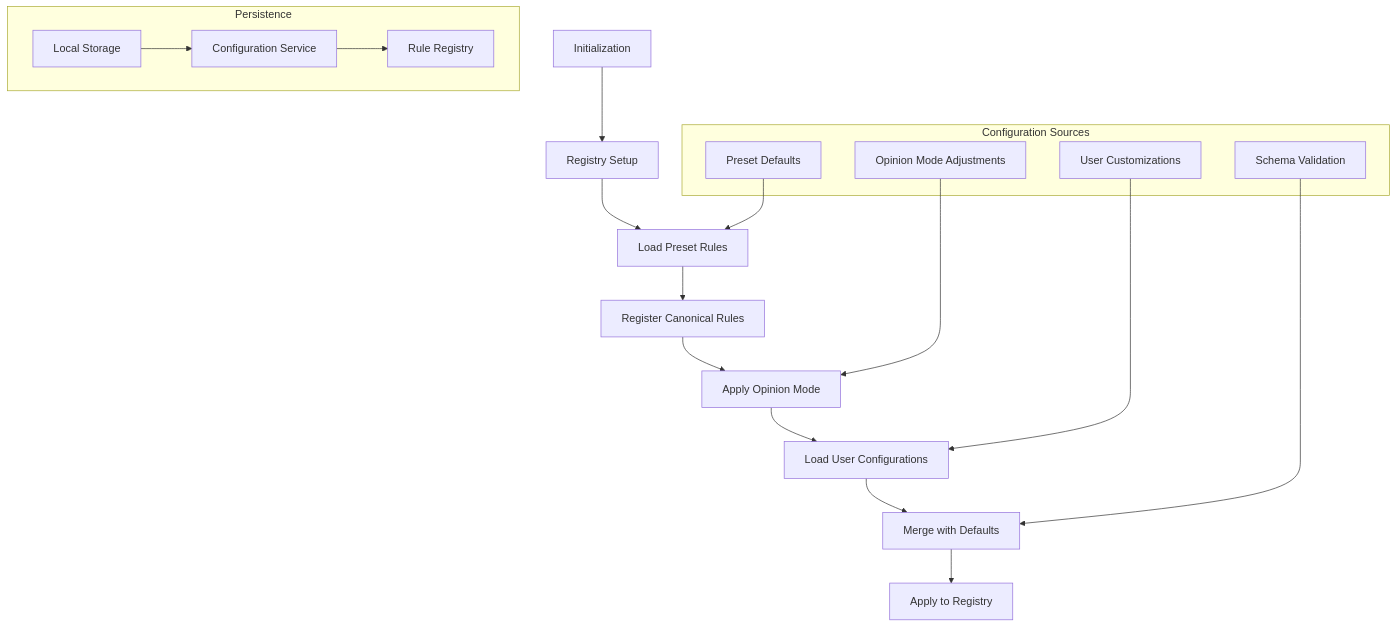
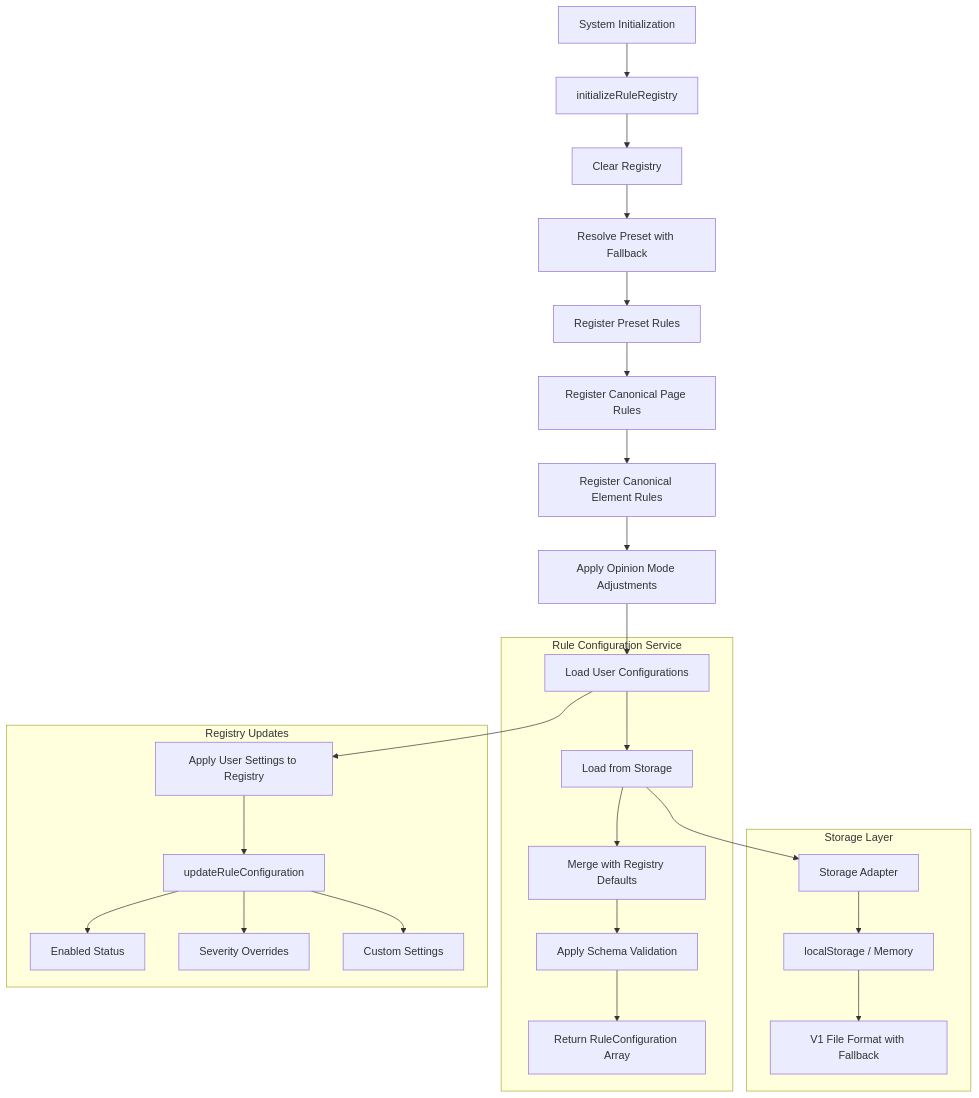
Before and after one commit to milesroxas/Flint: the fourth of 5 diagrams in src/features/linter/services/README.md, drawn with Mermaid. The commit also changed other lines of this file and 93 other files, not shown here.

````diff
--- a/src/features/linter/services/README.md
+++ b/src/features/linter/services/README.md
@@ -253,30 +297,32 @@
 ```mermaid
 flowchart TD
-    A[Initialization] --> B[Registry Setup]
-    B --> C[Load Preset Rules]
-    C --> D[Register Canonical Rules]
-    D --> E[Apply Opinion Mode]
-    E --> F[Load User Configurations]
-    F --> G[Merge with Defaults]
-    G --> H[Apply to Registry]
+    A[System Initialization] --> B[initializeRuleRegistry]
+    B --> C[Clear Registry]
+    C --> D[Resolve Preset with Fallback]
+    D --> E[Register Preset Rules]
+    E --> F[Register Canonical Page Rules]
+    F --> G[Register Canonical Element Rules]
+    G --> H[Apply Opinion Mode Adjustments]
+    H --> I[Load User Configurations]
+    I --> J[Apply User Settings to Registry]
 
-    subgraph "Configuration Sources"
-        I[Preset Defaults]
-        J[Opinion Mode Adjustments]
-        K[User Customizations]
-        L[Schema Validation]
+    subgraph "Rule Configuration Service"
+        I --> K[Load from Storage]
+        K --> L[Merge with Registry Defaults]
+        L --> M[Apply Schema Validation]
+        M --> N[Return RuleConfiguration Array]
     end
 
-    subgraph "Persistence"
-        M[Local Storage]
-        N[Configuration Service]
-        O[Rule Registry]
+    subgraph "Storage Layer"
+        K --> O[Storage Adapter]
+        O --> P[localStorage / Memory]
+        P --> Q[V1 File Format with Fallback]
     end
 
-    I --> C
-    J --> E
-    K --> F
-    L --> G
-    M --> N
-    N --> O
+    subgraph "Registry Updates"
+        J --> R[updateRuleConfiguration]
+        R --> S[Enabled Status]
+        R --> T[Severity Overrides]
+        R --> U[Custom Settings]
+    end
 ```
````
